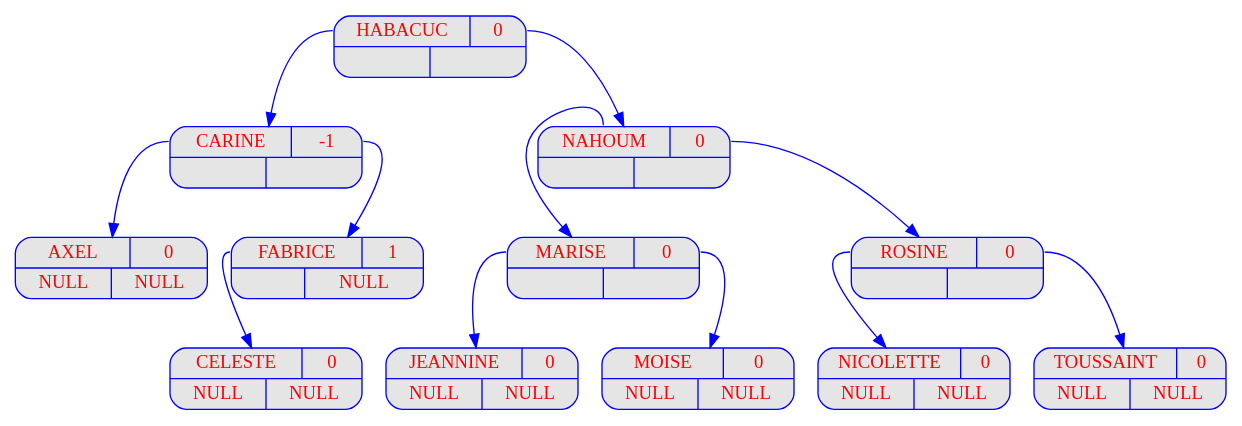
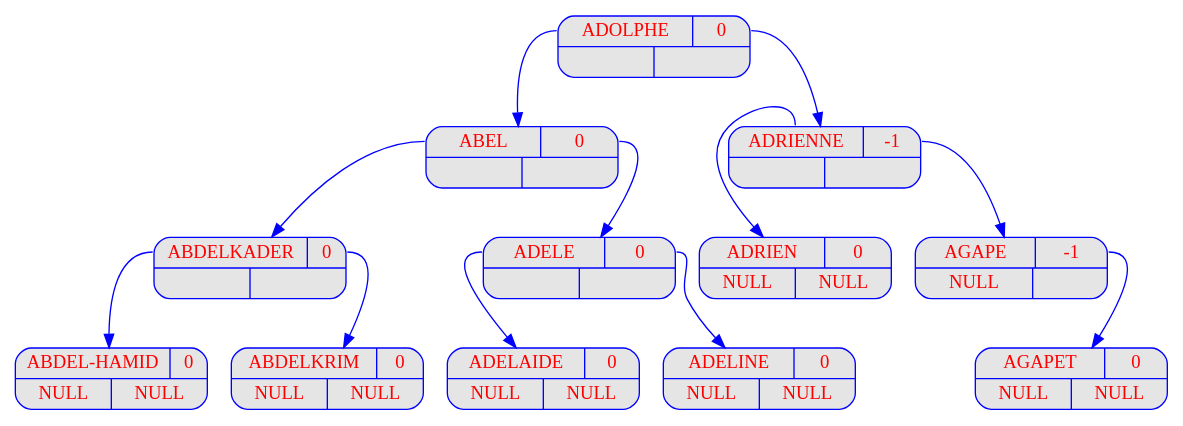
One commit to FilRougeAAP/Fil_Rouge changed the diagram in output_Prog1/dot/displayAVL_v11.dot. Above: the diagram before and after it, drawn with Graphviz. The commit also changed 212 other files, not shown here.

```diff
--- a/output_Prog1/dot/displayAVL_v11.dot
+++ b/output_Prog1/dot/displayAVL_v11.dot
@@ -1,107 +1,47 @@
 digraph displayAVL {
 	node [
 		fontname  = "Arial bold" 
 		fontsize  = "14"
 		fontcolor = "red"
 		style     = "rounded, filled"
 		shape     = "record"
 		fillcolor = "grey90"
 		color     = "blue"
 		width     = "2"
 	]
 
 	edge [
 		color     = "blue"
 	]
 
-	HABACUC
- [label = "{{<g> HABACUC
- | <d> 0 } | { <g> | <d>}}"];
-	HABACUC
-:g -> CARINE
-;
-	CARINE
- [label = "{{<g> CARINE
- | <d> -1 } | { <g> | <d>}}"];
-	CARINE
-:g -> AXEL
-;
-	AXEL
- [label = "{{<g> AXEL
- | <d> 0 } | { <g> | <d>}}"];
-	AXEL
- [label = "{{<g> AXEL
- | <d> 0 }| { <g> NULL | <d> NULL}}"];
-	CARINE
-:d -> FABRICE
-;
-	FABRICE
- [label = "{{<g> FABRICE
- | <d> 1 } | { <g> | <d>}}"];
-	FABRICE
- [label = "{{<g> FABRICE
- | <d> 1 }| { <g> | <d> NULL}}"];
-	FABRICE
-:g -> CELESTE
-;
-	CELESTE
- [label = "{{<g> CELESTE
- | <d> 0 } | { <g> | <d>}}"];
-	CELESTE
- [label = "{{<g> CELESTE
- | <d> 0 }| { <g> NULL | <d> NULL}}"];
-	HABACUC
-:d -> NAHOUM
-;
-	NAHOUM
- [label = "{{<g> NAHOUM
- | <d> 0 } | { <g> | <d>}}"];
-	NAHOUM
-:g -> MARISE
-;
-	MARISE
- [label = "{{<g> MARISE
- | <d> 0 } | { <g> | <d>}}"];
-	MARISE
-:g -> JEANNINE
-;
-	JEANNINE
- [label = "{{<g> JEANNINE
- | <d> 0 } | { <g> | <d>}}"];
-	JEANNINE
- [label = "{{<g> JEANNINE
- | <d> 0 }| { <g> NULL | <d> NULL}}"];
-	MARISE
-:d -> MOISE
-;
-	MOISE
- [label = "{{<g> MOISE
- | <d> 0 } | { <g> | <d>}}"];
-	MOISE
- [label = "{{<g> MOISE
- | <d> 0 }| { <g> NULL | <d> NULL}}"];
-	NAHOUM
-:d -> ROSINE
-;
-	ROSINE
- [label = "{{<g> ROSINE
- | <d> 0 } | { <g> | <d>}}"];
-	ROSINE
-:g -> NICOLETTE
-;
-	NICOLETTE
- [label = "{{<g> NICOLETTE
- | <d> 0 } | { <g> | <d>}}"];
-	NICOLETTE
- [label = "{{<g> NICOLETTE
- | <d> 0 }| { <g> NULL | <d> NULL}}"];
-	ROSINE
-:d -> TOUSSAINT
-;
-	TOUSSAINT
- [label = "{{<g> TOUSSAINT
- | <d> 0 } | { <g> | <d>}}"];
-	TOUSSAINT
- [label = "{{<g> TOUSSAINT
- | <d> 0 }| { <g> NULL | <d> NULL}}"];
+	"ADOLPHE" [label = "{{<g> ADOLPHE | <d> 0 } | { <g> | <d>}}"];
+	"ADOLPHE":g -> "ABEL";
+	"ABEL" [label = "{{<g> ABEL | <d> 0 } | { <g> | <d>}}"];
+	"ABEL":g -> "ABDELKADER";
+	"ABDELKADER" [label = "{{<g> ABDELKADER | <d> 0 } | { <g> | <d>}}"];
+	"ABDELKADER":g -> "ABDEL-HAMID";
+	"ABDEL-HAMID" [label = "{{<g> ABDEL-HAMID | <d> 0 } | { <g> | <d>}}"];
+	"ABDEL-HAMID" [label = "{{<g> ABDEL-HAMID | <d> 0 }| { <g> NULL | <d> NULL}}"];
+	"ABDELKADER":d -> "ABDELKRIM";
+	"ABDELKRIM" [label = "{{<g> ABDELKRIM | <d> 0 } | { <g> | <d>}}"];
+	"ABDELKRIM" [label = "{{<g> ABDELKRIM | <d> 0 }| { <g> NULL | <d> NULL}}"];
+	"ABEL":d -> "ADELE";
+	"ADELE" [label = "{{<g> ADELE | <d> 0 } | { <g> | <d>}}"];
+	"ADELE":g -> "ADELAIDE";
+	"ADELAIDE" [label = "{{<g> ADELAIDE | <d> 0 } | { <g> | <d>}}"];
+	"ADELAIDE" [label = "{{<g> ADELAIDE | <d> 0 }| { <g> NULL | <d> NULL}}"];
+	"ADELE":d -> "ADELINE";
+	"ADELINE" [label = "{{<g> ADELINE | <d> 0 } | { <g> | <d>}}"];
+	"ADELINE" [label = "{{<g> ADELINE | <d> 0 }| { <g> NULL | <d> NULL}}"];
+	"ADOLPHE":d -> "ADRIENNE";
+	"ADRIENNE" [label = "{{<g> ADRIENNE | <d> -1 } | { <g> | <d>}}"];
+	"ADRIENNE":g -> "ADRIEN";
+	"ADRIEN" [label = "{{<g> ADRIEN | <d> 0 } | { <g> | <d>}}"];
+	"ADRIEN" [label = "{{<g> ADRIEN | <d> 0 }| { <g> NULL | <d> NULL}}"];
+	"ADRIENNE":d -> "AGAPE";
+	"AGAPE" [label = "{{<g> AGAPE | <d> -1 } | { <g> | <d>}}"];
+	"AGAPE" [label = "{{<g> AGAPE | <d> -1 }| { <g> NULL | <d> }}"];
+	"AGAPE":d -> "AGAPET";
+	"AGAPET" [label = "{{<g> AGAPET | <d> 0 } | { <g> | <d>}}"];
+	"AGAPET" [label = "{{<g> AGAPET | <d> 0 }| { <g> NULL | <d> NULL}}"];
 }
```
